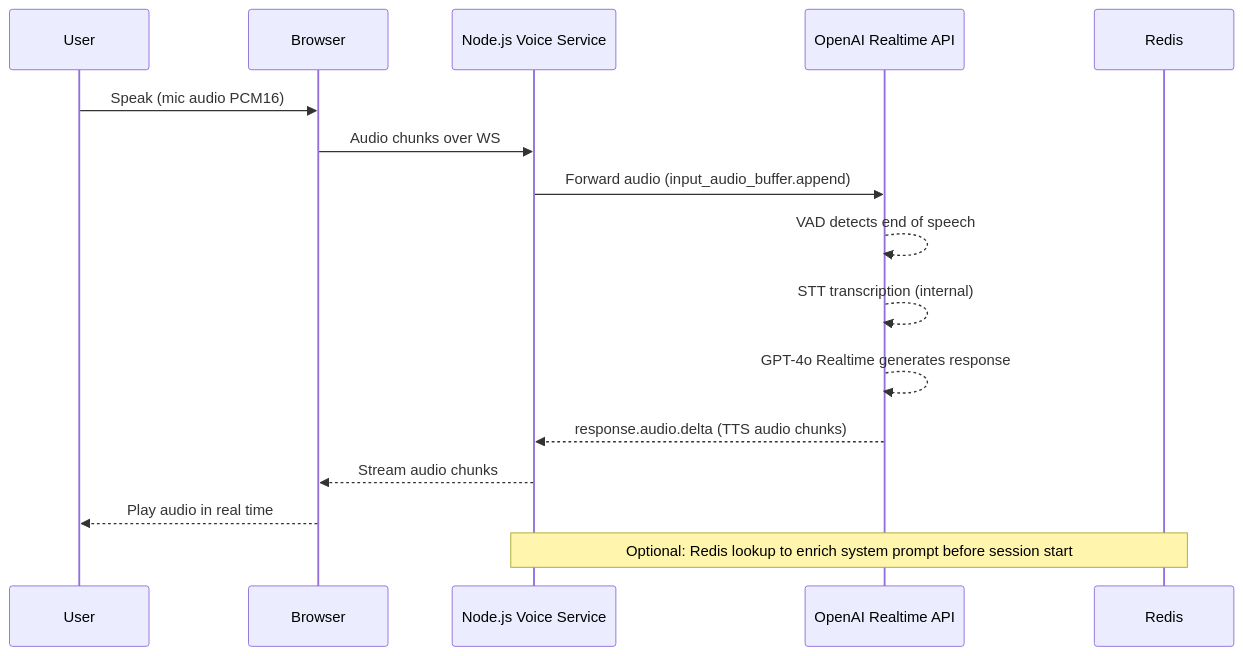
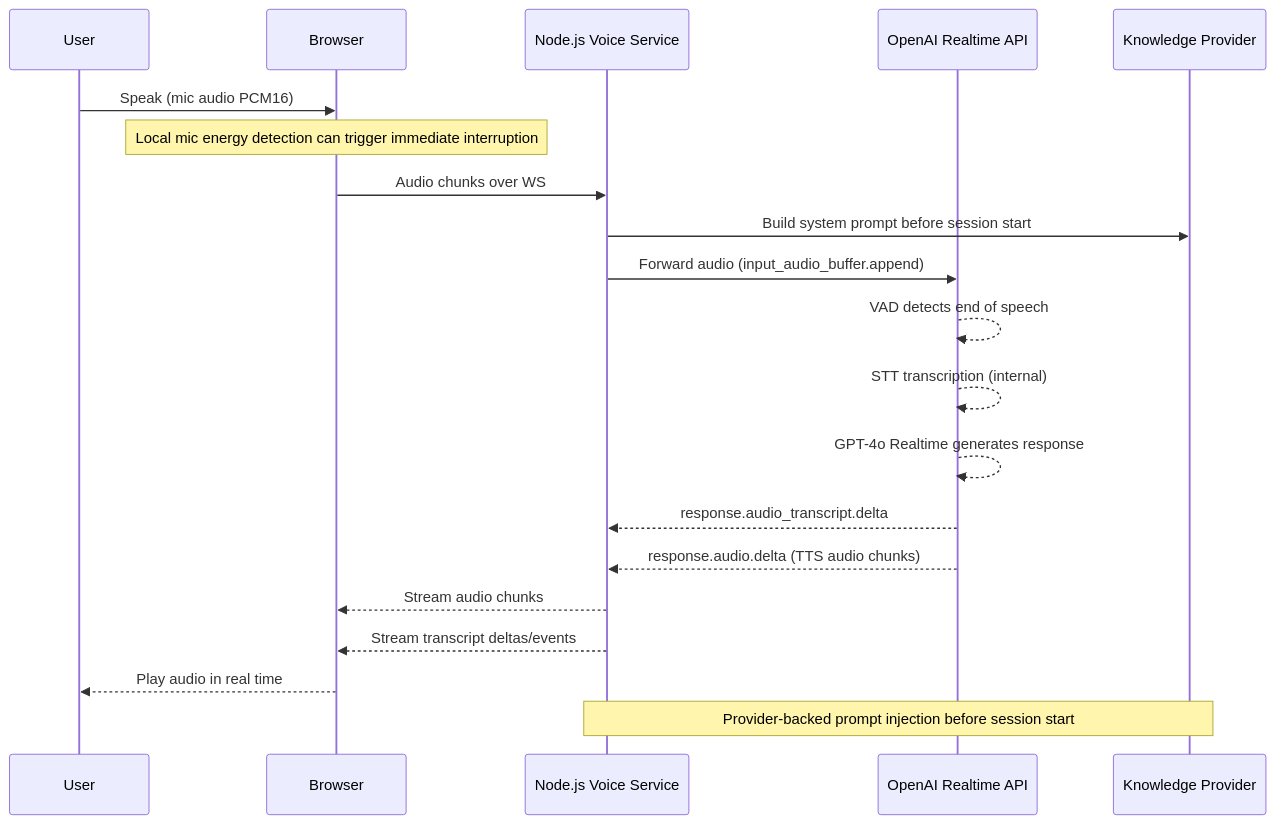
One commit to yubi00/ai-portfolio-voice-service changed the second of 2 diagrams in ai_voice_chat_feature_prd.md. Above: the diagram before and after it, drawn with Mermaid. The commit also changed other lines of this file, not shown here.

````diff
--- a/ai_voice_chat_feature_prd.md
+++ b/ai_voice_chat_feature_prd.md
@@ -169,20 +190,24 @@
 ```mermaid
 sequenceDiagram
 participant User
 participant Browser
 participant VoiceService as Node.js Voice Service
 participant OAI as OpenAI Realtime API
-participant Redis
+participant Knowledge as Knowledge Provider
 
 User->>Browser: Speak (mic audio PCM16)
+Note over Browser: Local mic energy detection can trigger immediate interruption
 Browser->>VoiceService: Audio chunks over WS
+VoiceService->>Knowledge: Build system prompt before session start
 VoiceService->>OAI: Forward audio (input_audio_buffer.append)
 OAI-->>OAI: VAD detects end of speech
 OAI-->>OAI: STT transcription (internal)
 OAI-->>OAI: GPT-4o Realtime generates response
+OAI-->>VoiceService: response.audio_transcript.delta
 OAI-->>VoiceService: response.audio.delta (TTS audio chunks)
 VoiceService-->>Browser: Stream audio chunks
+VoiceService-->>Browser: Stream transcript deltas/events
 Browser-->>User: Play audio in real time
 
-Note over VoiceService,Redis: Optional: Redis lookup to enrich system prompt before session start
+Note over VoiceService,Knowledge: Provider-backed prompt injection before session start
 ```
````
